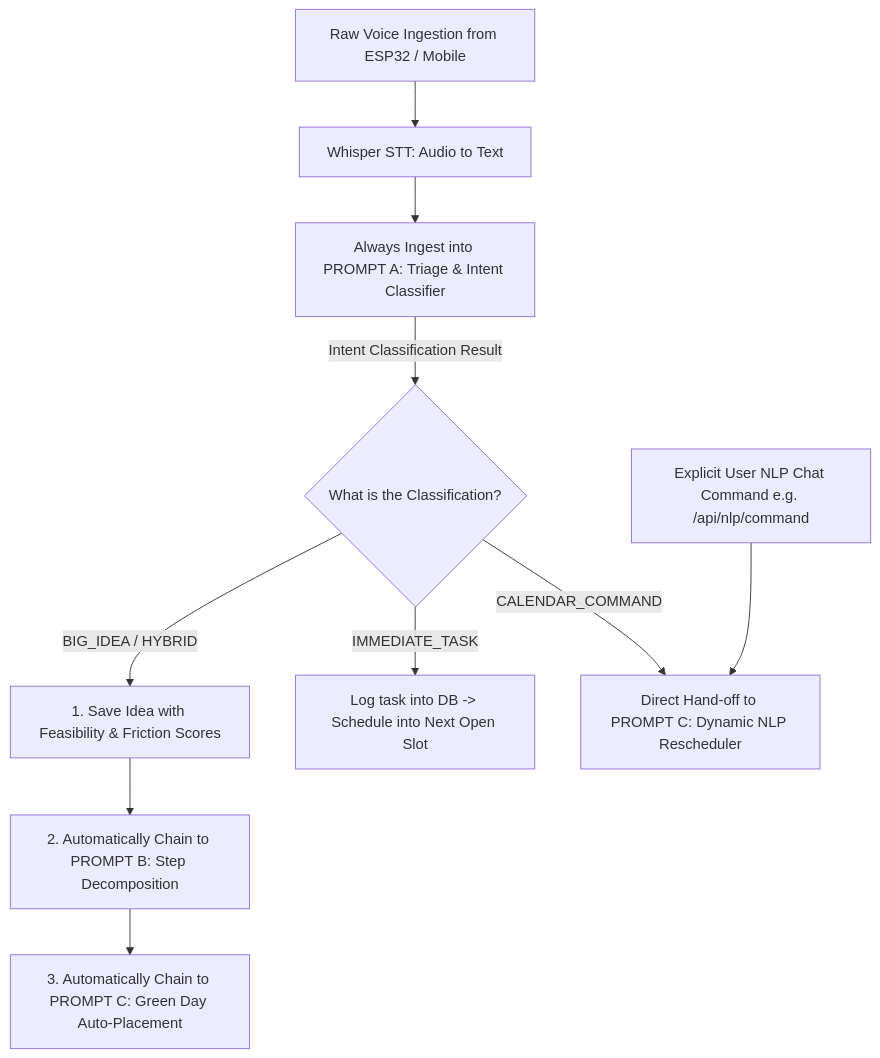
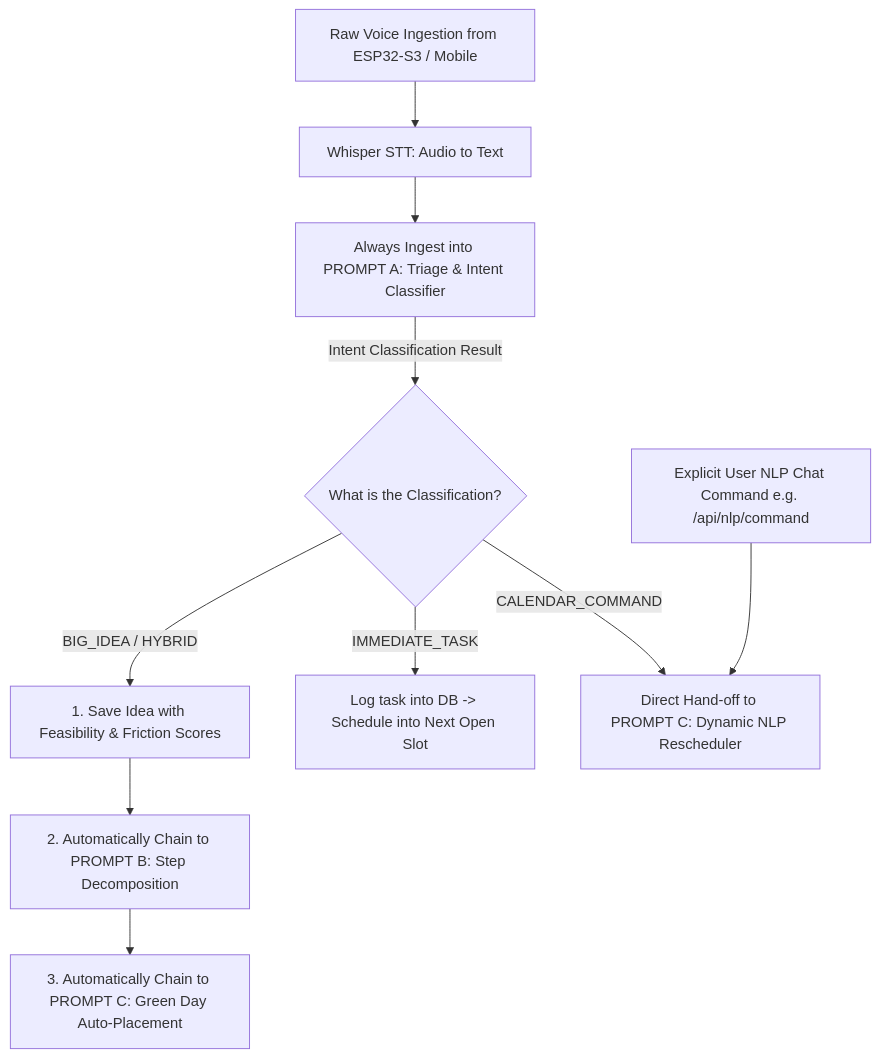
One commit to anaswarramesh/my_buddy changed the second of 2 diagrams in README.md. Above: the diagram before and after it, drawn with Mermaid. The commit also changed other lines of this file and 2 other files, not shown here.

Commit message:
refactor(hardware): Standardize MCU everywhere to Waveshare ESP32-S3 Mini (ESP32-S3FH4R2 240MHz, 4MB Flash, 2MB PSRAM, Wi-Fi & BT5)

````diff
--- a/README.md
+++ b/README.md
@@ -72,17 +73,17 @@
 ```mermaid
 flowchart TD
-    A[Raw Voice Ingestion from ESP32 / Mobile] --> B[Whisper STT: Audio to Text]
+    A[Raw Voice Ingestion from ESP32-S3 / Mobile] --> B[Whisper STT: Audio to Text]
     B --> C[Always Ingest into PROMPT A: Triage & Intent Classifier]
     
     C -->|Intent Classification Result| D{What is the Classification?}
     
     D -->|BIG_IDEA / HYBRID| E[1. Save Idea with Feasibility & Friction Scores]
     E --> F[2. Automatically Chain to PROMPT B: Step Decomposition]
     F --> G[3. Automatically Chain to PROMPT C: Green Day Auto-Placement]
     
     D -->|IMMEDIATE_TASK| H[Log task into DB -> Schedule into Next Open Slot]
     
     D -->|CALENDAR_COMMAND| I[Direct Hand-off to PROMPT C: Dynamic NLP Rescheduler]
     
     J[Explicit User NLP Chat Command e.g. /api/nlp/command] --> I
 ```
````
